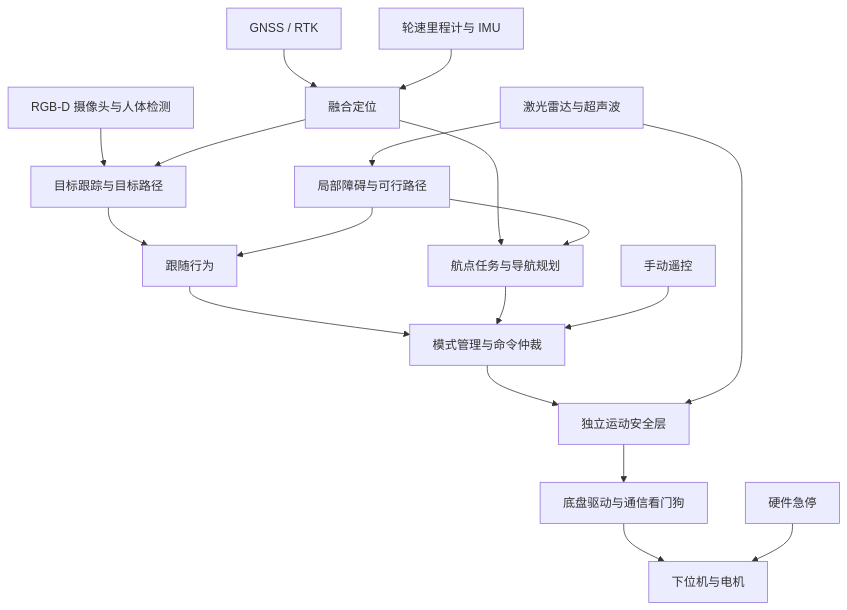
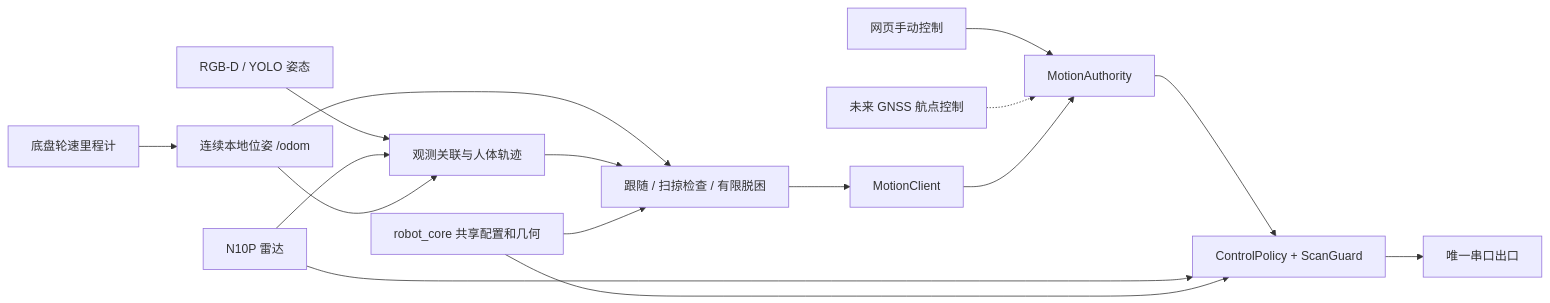
The diagram in docs/ARCHITECTURE_ROADMAP.md (2416531162/ro2-), drawn with Mermaid before and after one commit. The commit also changed other lines of this file and 59 other files, not shown here.

First line of the commit message:
feat(robot-core): 统一机器人模型(robot.json)与运动学架构，重构跟随引擎与控制权仲裁

````diff
--- a/docs/ARCHITECTURE_ROADMAP.md
+++ b/docs/ARCHITECTURE_ROADMAP.md
@@ -30,20 +7,18 @@
 ```mermaid
-flowchart TD
-    C[RGB-D 摄像头与人体检测] --> T[目标跟踪与目标路径]
-    T --> F[跟随行为]
-    G[GNSS / RTK] --> L[融合定位]
-    O[轮速里程计与 IMU] --> L
-    L --> N[航点任务与导航规划]
-    L --> T
-    F --> A[模式管理与命令仲裁]
-    N --> A
-    M[手动遥控] --> A
-    A --> S[独立运动安全层]
-    R[激光雷达与超声波] --> S
-    R --> P[局部障碍与可行路径]
+flowchart LR
+    C[RGB-D / YOLO 姿态] --> P[观测关联与人体轨迹]
+    L[N10P 雷达] --> P
+    D[底盘轮速里程计] --> O[连续本地位姿 /odom]
+    O --> P
+    O --> F[跟随 / 扫掠检查 / 有限脱困]
     P --> F
-    P --> N
-    S --> D[底盘驱动与通信看门狗]
-    D --> B[下位机与电机]
-    E[硬件急停] --> B
+    F --> M[MotionClient]
+    W[网页手动控制] --> A[MotionAuthority]
+    N[未来 GNSS 航点控制] -.-> A
+    M --> A
+    A --> G[ControlPolicy + ScanGuard]
+    L --> G
+    G --> S[唯一串口出口]
+    R[robot_core 共享配置和几何] --> F
+    R --> G
 ```
````
